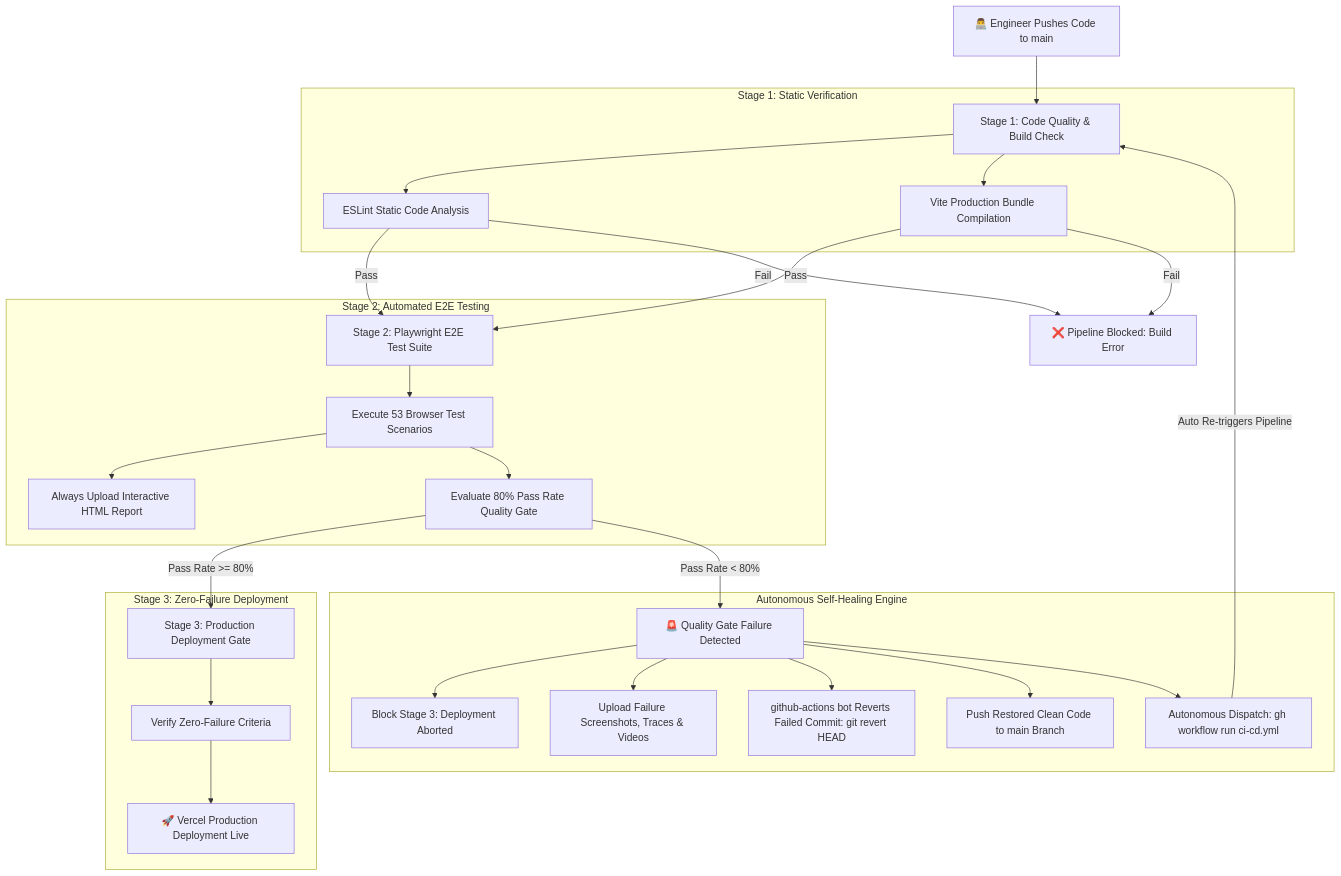
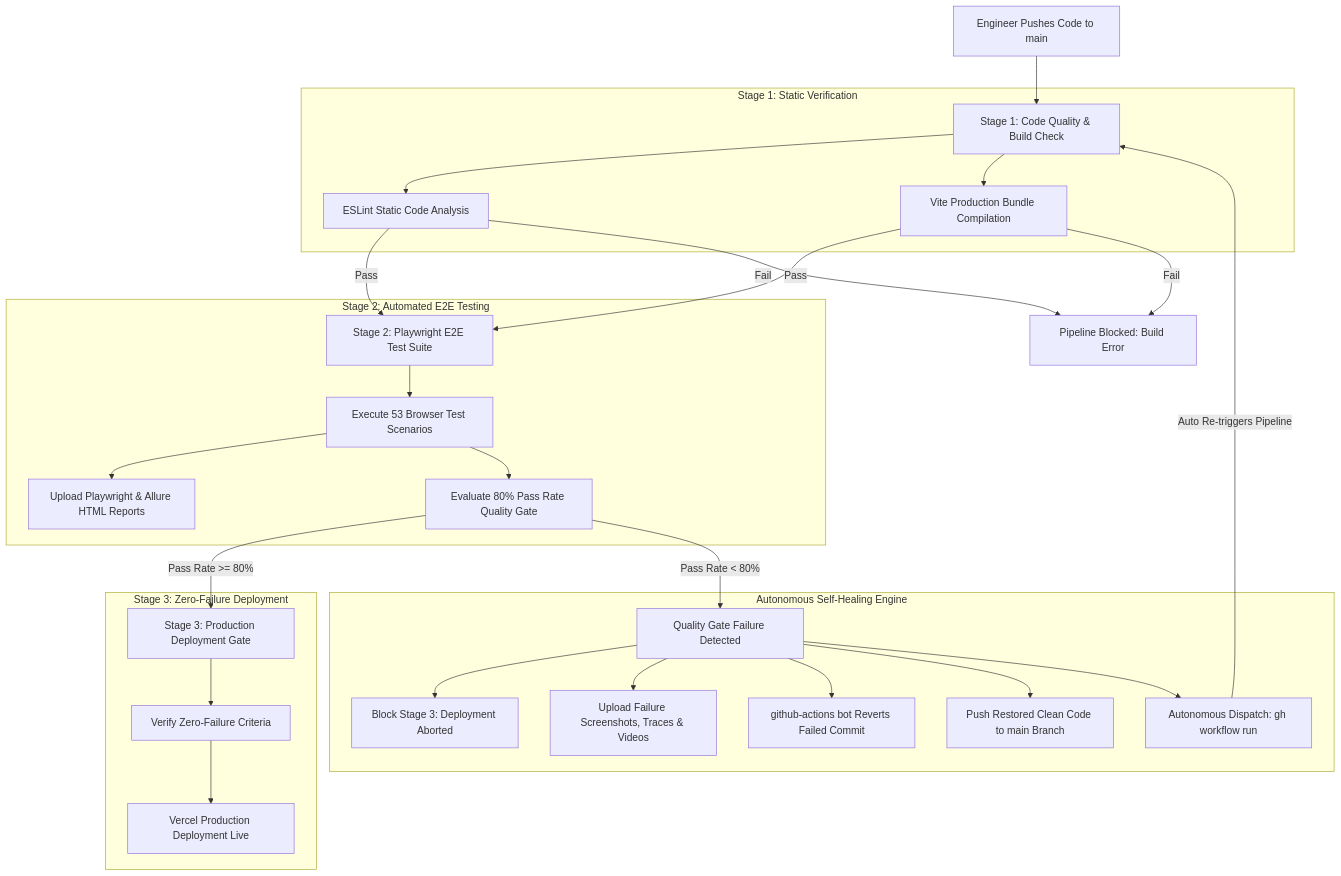
The diagram in CICD.md (pandya-dwip/Nuvora), drawn with Mermaid before and after one commit. The commit also changed other lines of this file and 7 other files, not shown here.

Commit message:
feat(ci): integrate Allure reporting for Playwright and add end-to-end documentation

````diff
--- a/CICD.md
+++ b/CICD.md
@@ -44,39 +43,39 @@
 ```mermaid
 graph TD
-    A[👨‍💻 Engineer Pushes Code to main] --> B[Stage 1: Code Quality & Build Check]
+    A["Engineer Pushes Code to main"] --> B["Stage 1: Code Quality & Build Check"]
     
-    subgraph Stage 1: Static Verification
-        B --> B1[ESLint Static Code Analysis]
-        B --> B2[Vite Production Bundle Compilation]
+    subgraph "Stage 1: Static Verification"
+        B --> B1["ESLint Static Code Analysis"]
+        B --> B2["Vite Production Bundle Compilation"]
     end
 
-    B1 -->|Pass| C[Stage 2: Playwright E2E Test Suite]
-    B2 -->|Pass| C
-    B1 -->|Fail| F1[❌ Pipeline Blocked: Build Error]
-    B2 -->|Fail| F1
+    B1 -->|"Pass"| C["Stage 2: Playwright E2E Test Suite"]
+    B2 -->|"Pass"| C
+    B1 -->|"Fail"| F1["Pipeline Blocked: Build Error"]
+    B2 -->|"Fail"| F1
 
-    subgraph Stage 2: Automated E2E Testing
-        C --> C1[Execute 53 Browser Test Scenarios]
-        C1 --> C2[Always Upload Interactive HTML Report]
-        C1 --> C3[Evaluate 80% Pass Rate Quality Gate]
+    subgraph "Stage 2: Automated E2E Testing"
+        C --> C1["Execute 53 Browser Test Scenarios"]
+        C1 --> C2["Upload Playwright & Allure HTML Reports"]
+        C1 --> C3["Evaluate 80% Pass Rate Quality Gate"]
     end
 
-    C3 -->|Pass Rate >= 80%| D[Stage 3: Production Deployment Gate]
+    C3 -->|"Pass Rate >= 80%"| D["Stage 3: Production Deployment Gate"]
     
-    subgraph Stage 3: Zero-Failure Deployment
-        D --> D1[Verify Zero-Failure Criteria]
-        D1 --> D2[🚀 Vercel Production Deployment Live]
+    subgraph "Stage 3: Zero-Failure Deployment"
+        D --> D1["Verify Zero-Failure Criteria"]
+        D1 --> D2["Vercel Production Deployment Live"]
     end
 
-    C3 -->|Pass Rate < 80%| E[🚨 Quality Gate Failure Detected]
+    C3 -->|"Pass Rate < 80%"| E["Quality Gate Failure Detected"]
     
-    subgraph Autonomous Self-Healing Engine
-        E --> E1[Block Stage 3: Deployment Aborted]
-        E --> E2[Upload Failure Screenshots, Traces & Videos]
-        E --> E3[github-actions bot Reverts Failed Commit: git revert HEAD]
-        E --> E4[Push Restored Clean Code to main Branch]
-        E --> E5[Autonomous Dispatch: gh workflow run ci-cd.yml]
+    subgraph "Autonomous Self-Healing Engine"
+        E --> E1["Block Stage 3: Deployment Aborted"]
+        E --> E2["Upload Failure Screenshots, Traces & Videos"]
+        E --> E3["github-actions bot Reverts Failed Commit"]
+        E --> E4["Push Restored Clean Code to main Branch"]
+        E --> E5["Autonomous Dispatch: gh workflow run"]
     end
 
-    E5 -->|Auto Re-triggers Pipeline| B
+    E5 -->|"Auto Re-triggers Pipeline"| B
 ```
````
